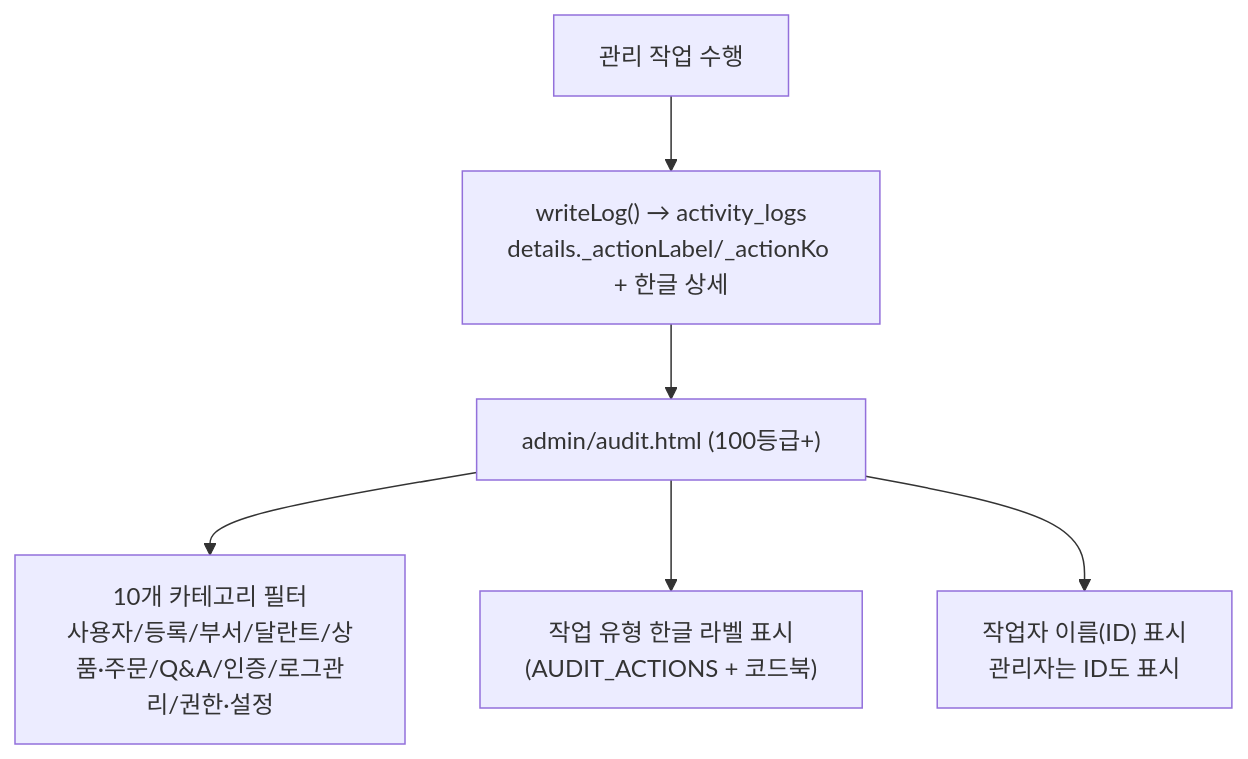
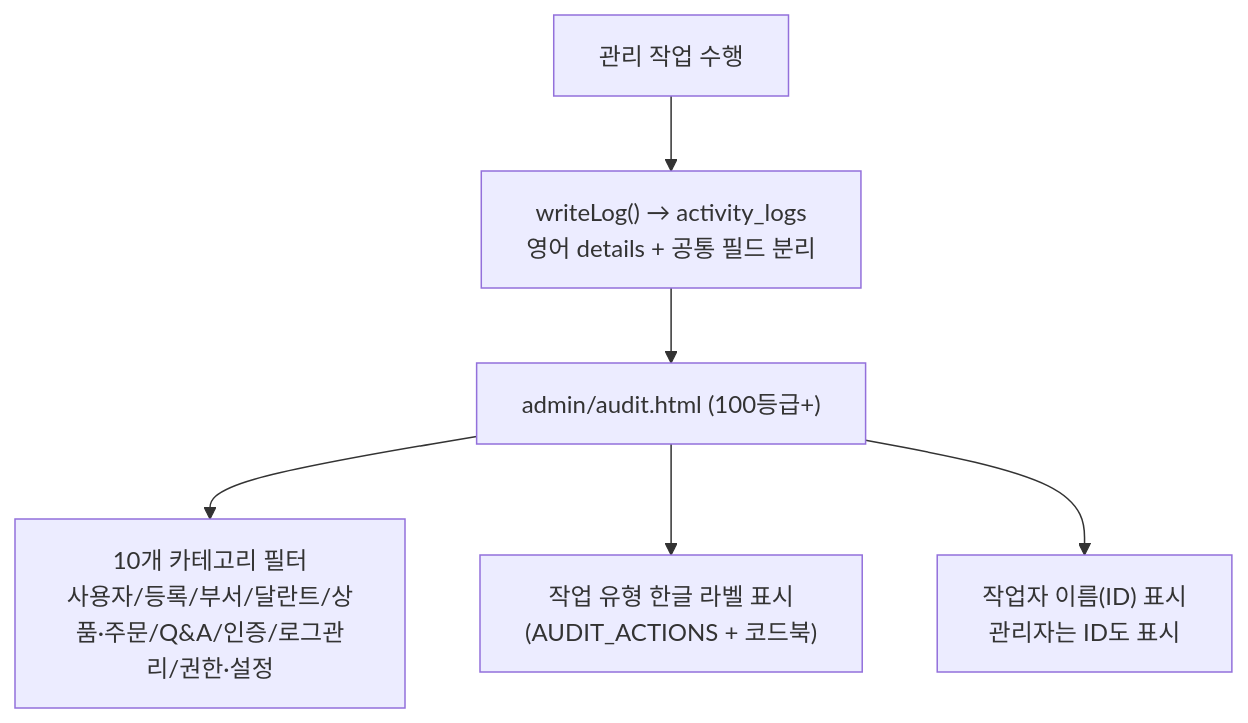
Diagram 14 of 17 in docs/PROJECT_ARCHITECTURE_FLOW.md (CHO-Talents-Test/CHO-Talents-Test), drawn with Mermaid before and after one commit. The commit also changed other lines of this file and 165 other files, not shown here.

````diff
--- a/docs/PROJECT_ARCHITECTURE_FLOW.md
+++ b/docs/PROJECT_ARCHITECTURE_FLOW.md
@@ -617,8 +654,8 @@
 ```mermaid
 flowchart TD
-  AdminAction["관리 작업 수행"] --> AuditLog["writeLog() → activity_logs<br/>details._actionLabel/_actionKo + 한글 상세"]
+  AdminAction["관리 작업 수행"] --> AuditLog["writeLog() → activity_logs<br/>영어 details + 공통 필드 분리"]
   AuditLog --> AuditPage["admin/audit.html (100등급+)"]
   AuditPage --> CategoryFilter["10개 카테고리 필터<br/>사용자/등록/부서/달란트/상품·주문/Q&A/인증/로그관리/권한·설정"]
   AuditPage --> KoType["작업 유형 한글 라벨 표시<br/>(AUDIT_ACTIONS + 코드북)"]
   AuditPage --> ActorInfo["작업자 이름(ID) 표시<br/>관리자는 ID도 표시"]
 ```
````
